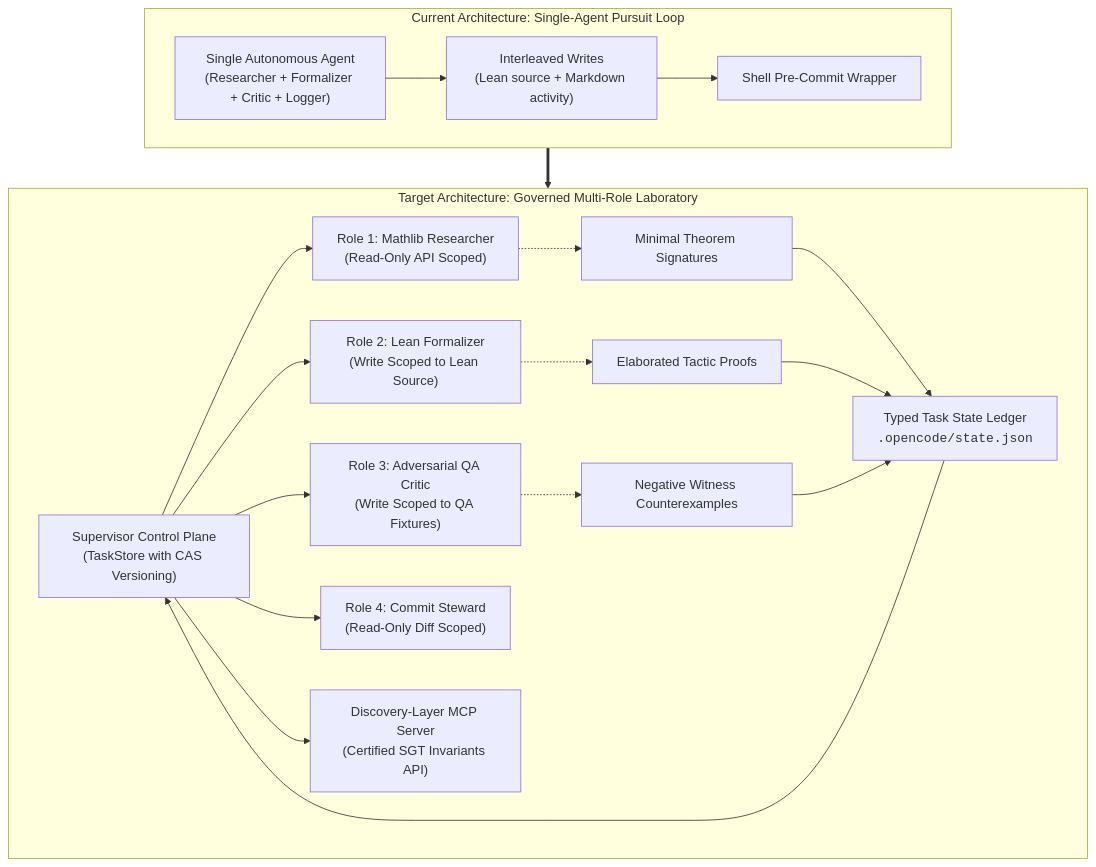
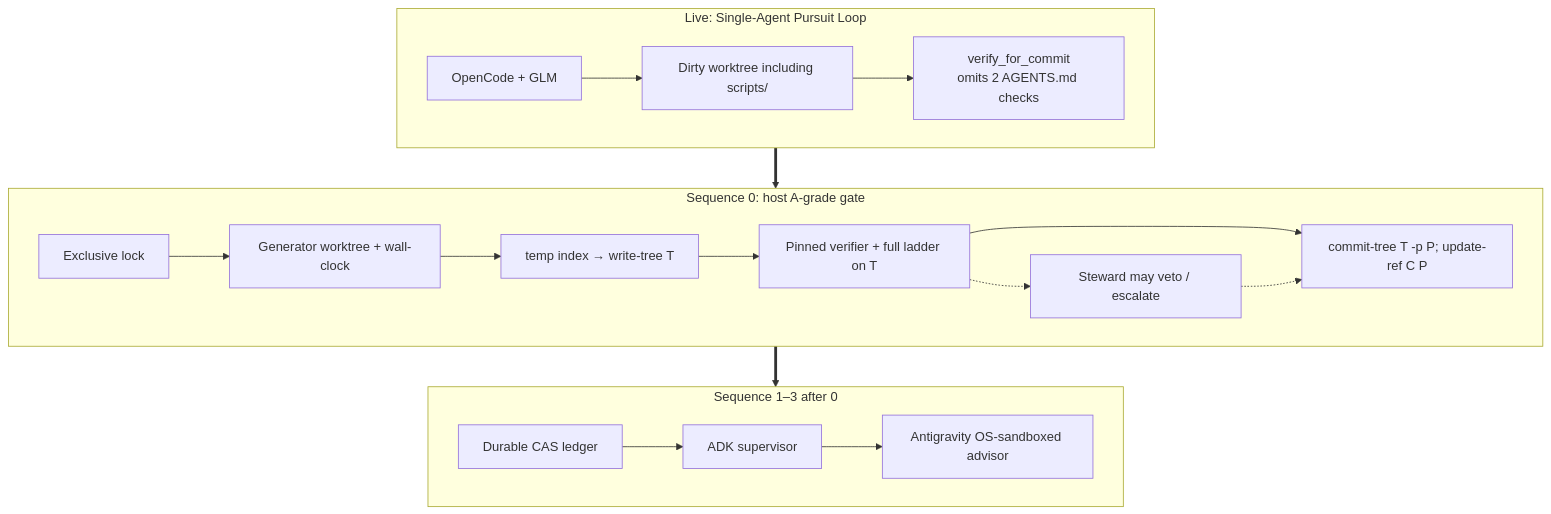
The fifth of 5 diagrams in docs/arch/scaffold-agentic-architecture-review.md (marcospolanco/SpectraLean), drawn with Mermaid before and after one commit. The commit also changed other lines of this file and 2 other files, not shown here.

First line of the commit message:
docs(arch): revise commit-steward protocol toward an atomic Sequence 0

````diff
--- a/docs/arch/scaffold-agentic-architecture-review.md
+++ b/docs/arch/scaffold-agentic-architecture-review.md
@@ -461,28 +577,28 @@
 ```mermaid
 graph TD
-    subgraph CurrentState ["Current Architecture: Single-Agent Pursuit Loop"]
-        SingleAgent["Single Autonomous Agent<br/>(Researcher + Formalizer + Critic + Logger)"]
-        SingleAgent --> InterleavedFiles["Interleaved Writes<br/>(Lean source + Markdown activity)"]
-        InterleavedFiles --> ShellWrapper["Shell Pre-Commit Wrapper"]
+    subgraph CurrentState ["Live: Single-Agent Pursuit Loop"]
+        SingleAgent["OpenCode + GLM"]
+        SingleAgent --> DirtyTree["Dirty worktree including scripts/"]
+        DirtyTree --> IncompleteGate["verify_for_commit<br/>omits 2 AGENTS.md checks"]
     end
 
-    subgraph FutureState ["Target Architecture: Governed Multi-Role Laboratory"]
-        Supervisor["Supervisor Control Plane<br/>(TaskStore with CAS Versioning)"]
-        
-        Supervisor --> Researcher["Role 1: Mathlib Researcher<br/>(Read-Only API Scoped)"]
-        Supervisor --> Formalizer["Role 2: Lean Formalizer<br/>(Write Scoped to Lean Source)"]
-        Supervisor --> Critic["Role 3: Adversarial QA Critic<br/>(Write Scoped to QA Fixtures)"]
-        Supervisor --> StewardRole["Role 4: Commit Steward<br/>(Read-Only Diff Scoped)"]
-        
-        Researcher -.-> Output1["Minimal Theorem Signatures"]
-        Formalizer -.-> Output2["Elaborated Tactic Proofs"]
-        Critic -.-> Output3["Negative Witness Counterexamples"]
-        
-        Output1 & Output2 & Output3 --> SchemaState["Typed Task State Ledger<br/><code>.opencode/state.json</code>"]
-        SchemaState --> Supervisor
-        
-        Supervisor --> MCP["Discovery-Layer MCP Server<br/>(Certified SGT Invariants API)"]
+    subgraph SequenceZero ["Sequence 0: host A-grade gate"]
+        Lock["Exclusive lock"] --> Gen["Generator worktree + wall-clock"]
+        Gen --> Snap["temp index → write-tree T"]
+        Snap --> Pin["Pinned verifier + full ladder on T"]
+        Pin --> HostGit["commit-tree T -p P; update-ref C P"]
+        Pin -.-> Veto["Steward may veto / escalate"]
+        Veto -.-> HostGit
     end
 
-    CurrentState ==> FutureState
+    subgraph Later ["Sequence 1–3 after 0"]
+        Ledger["Durable CAS ledger"]
+        ADK["ADK supervisor"]
+        AG["Antigravity OS-sandboxed advisor"]
+        Ledger --> ADK
+        ADK --> AG
+    end
+
+    CurrentState ==> SequenceZero
+    SequenceZero ==> Later
 ```
````
